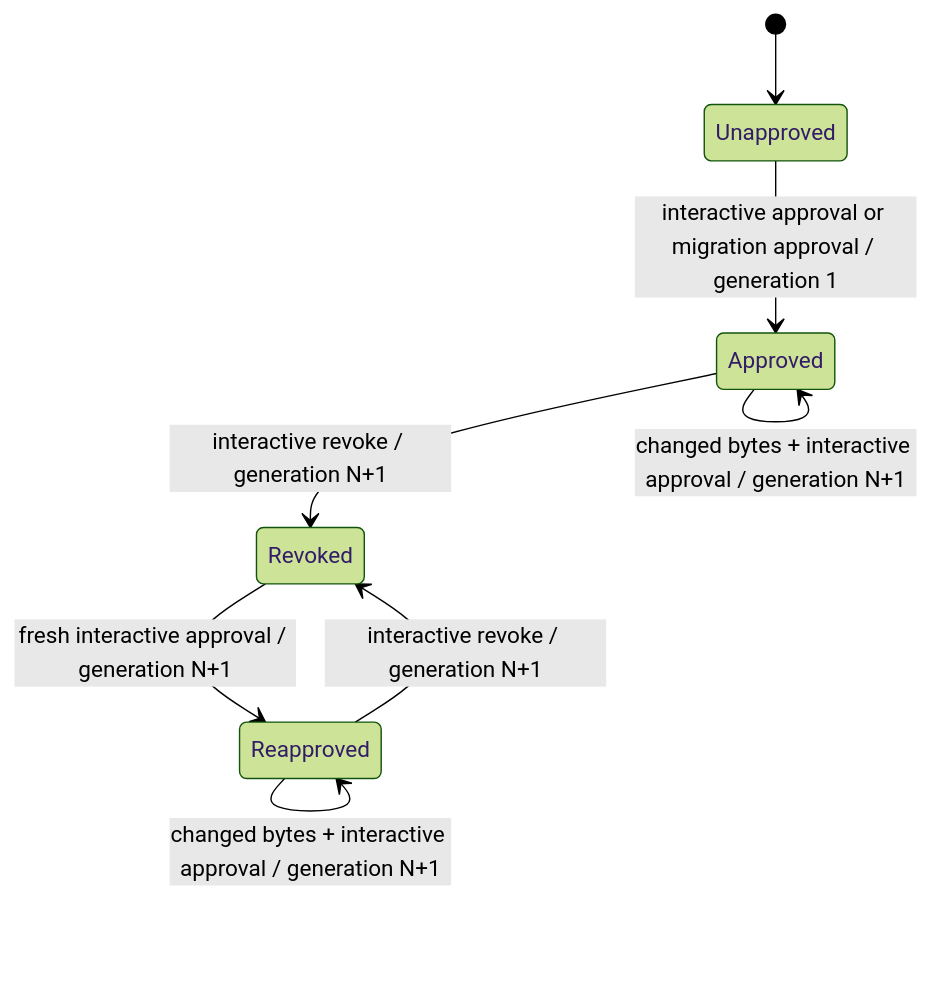
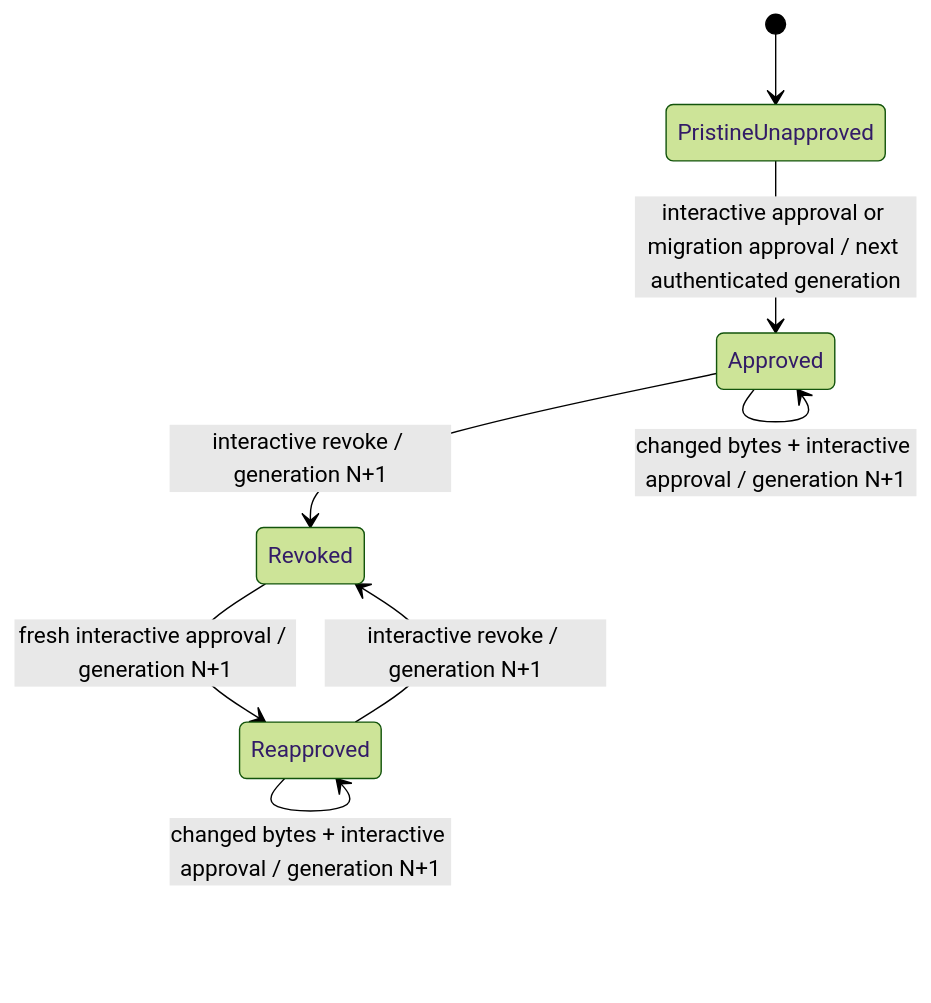
The first of 4 diagrams in docs/superpowers/specs/2026-07-27-sec-05-phase-4c-design.md (papmilan/noosphere), drawn with Mermaid (forest theme) before and after one commit. The commit also changed other lines of this file, not shown here.

````diff
--- a/docs/superpowers/specs/2026-07-27-sec-05-phase-4c-design.md
+++ b/docs/superpowers/specs/2026-07-27-sec-05-phase-4c-design.md
@@ -149,10 +271,10 @@
 ```mermaid
 stateDiagram-v2
-    [*] --> Unapproved
-    Unapproved --> Approved: interactive approval or migration approval / generation 1
+    [*] --> PristineUnapproved
+    PristineUnapproved --> Approved: interactive approval or migration approval / next authenticated generation
     Approved --> Approved: changed bytes + interactive approval / generation N+1
     Approved --> Revoked: interactive revoke / generation N+1
     Revoked --> Reapproved: fresh interactive approval / generation N+1
     Reapproved --> Revoked: interactive revoke / generation N+1
     Reapproved --> Reapproved: changed bytes + interactive approval / generation N+1
 ```
````
